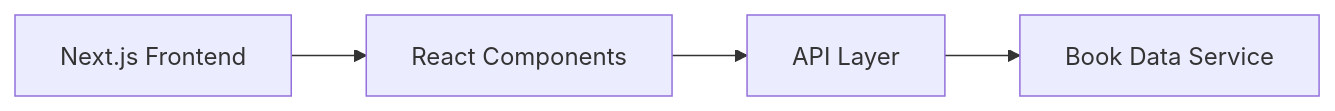
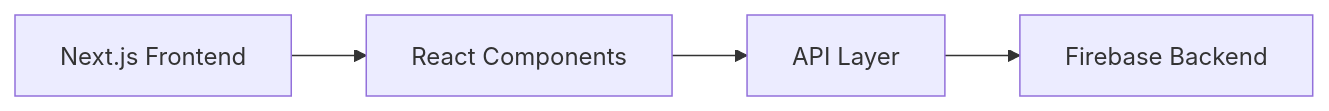
One commit to matej04-dot/bookify changed the diagram in README.md. Above: the diagram before and after it, drawn with Mermaid. The commit also changed other lines of this file, not shown here.

````diff
--- a/README.md
+++ b/README.md
@@ -53,6 +60,6 @@
 ```mermaid
 flowchart LR
   A["Next.js Frontend"] --> B["React Components"]
   B --> C["API Layer"]
-  C --> D["Book Data Service"]
+  C --> D["Firebase Backend"]
 ```
````
